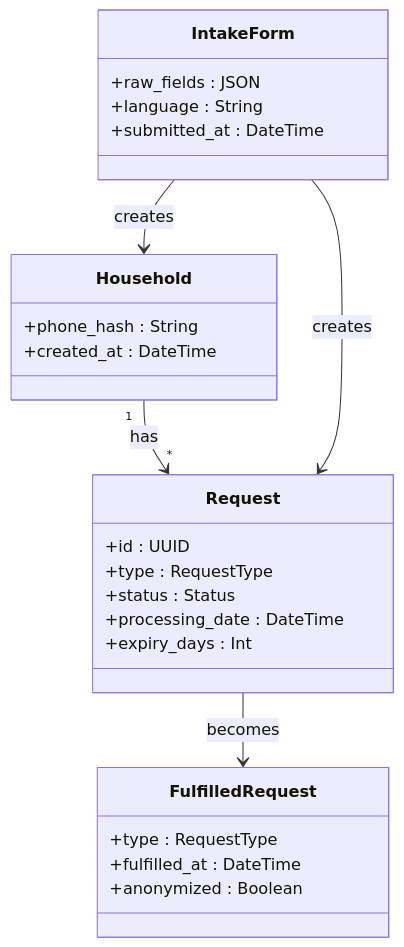
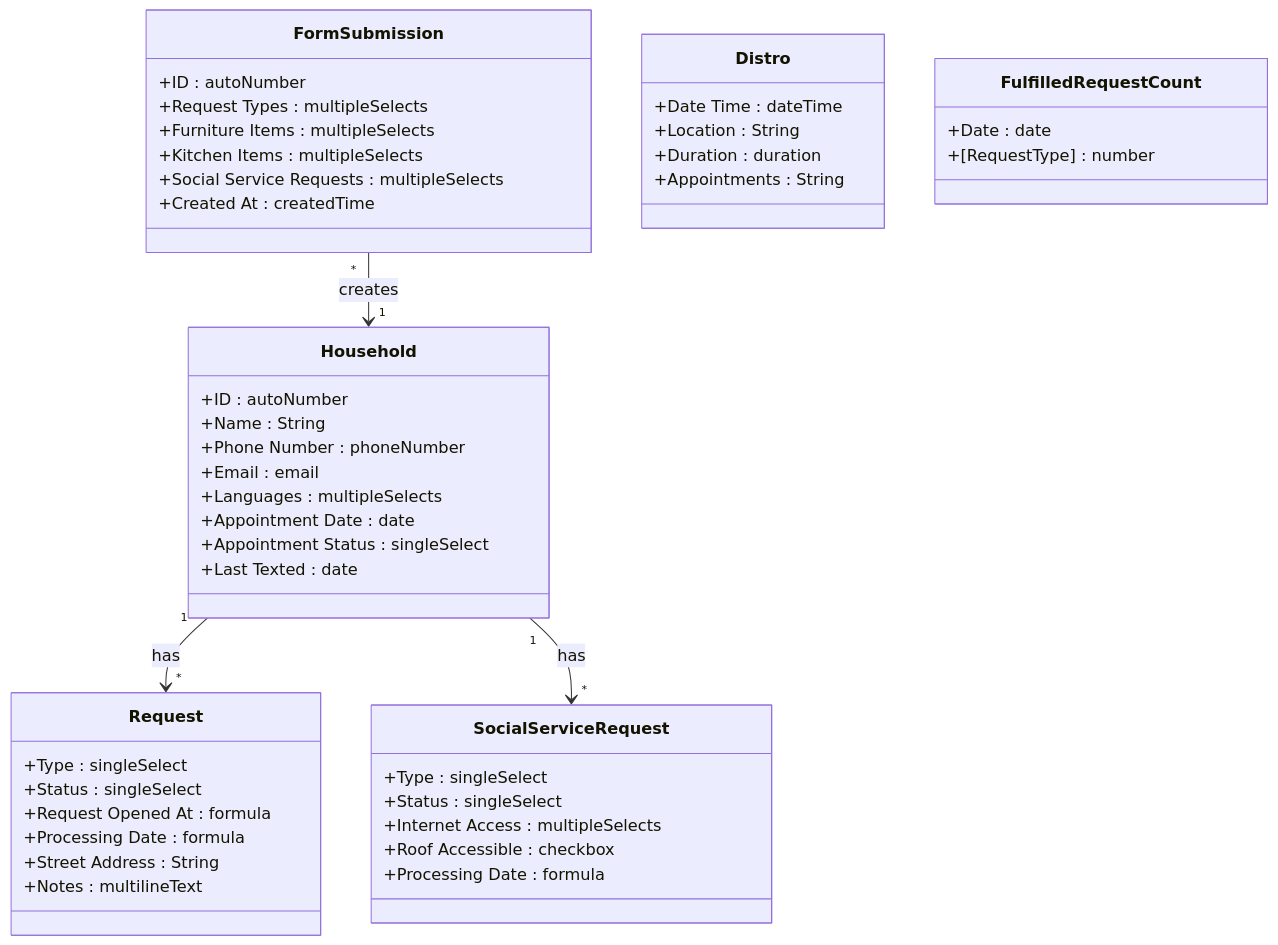
Before and after one commit to bushwickayudamutua/specs: the first of 3 diagrams in bam-mutual-aid-spec.md, drawn with Mermaid. The commit also changed other lines of this file, not shown here.

First line of the commit message:
Add complete Airtable V2 schema documentation

````diff
--- a/bam-mutual-aid-spec.md
+++ b/bam-mutual-aid-spec.md
@@ -227,29 +365,50 @@
 ```mermaid
 classDiagram
     class Household {
-        +phone_hash : String
-        +created_at : DateTime
+        +ID : autoNumber
+        +Name : String
+        +Phone Number : phoneNumber
+        +Email : email
+        +Languages : multipleSelects
+        +Appointment Date : date
+        +Appointment Status : singleSelect
+        +Last Texted : date
     }
     class Request {
-        +id : UUID
-        +type : RequestType
-        +status : Status
-        +processing_date : DateTime
-        +expiry_days : Int
+        +Type : singleSelect
+        +Status : singleSelect
+        +Request Opened At : formula
+        +Processing Date : formula
+        +Street Address : String
+        +Notes : multilineText
     }
-    class FulfilledRequest {
-        +type : RequestType
-        +fulfilled_at : DateTime
-        +anonymized : Boolean
+    class SocialServiceRequest {
+        +Type : singleSelect
+        +Status : singleSelect
+        +Internet Access : multipleSelects
+        +Roof Accessible : checkbox
+        +Processing Date : formula
     }
-    class IntakeForm {
-        +raw_fields : JSON
-        +language : String
-        +submitted_at : DateTime
+    class FormSubmission {
+        +ID : autoNumber
+        +Request Types : multipleSelects
+        +Furniture Items : multipleSelects
+        +Kitchen Items : multipleSelects
+        +Social Service Requests : multipleSelects
+        +Created At : createdTime
+    }
+    class Distro {
+        +Date Time : dateTime
+        +Location : String
+        +Duration : duration
+        +Appointments : String
+    }
+    class FulfilledRequestCount {
+        +Date : date
+        +[RequestType] : number
     }
 
     Household "1" --> "*" Request : has
-    Request --> FulfilledRequest : becomes
-    IntakeForm --> Household : creates
-    IntakeForm --> Request : creates
+    Household "1" --> "*" SocialServiceRequest : has
+    FormSubmission "*" --> "1" Household : creates
 ```
````
